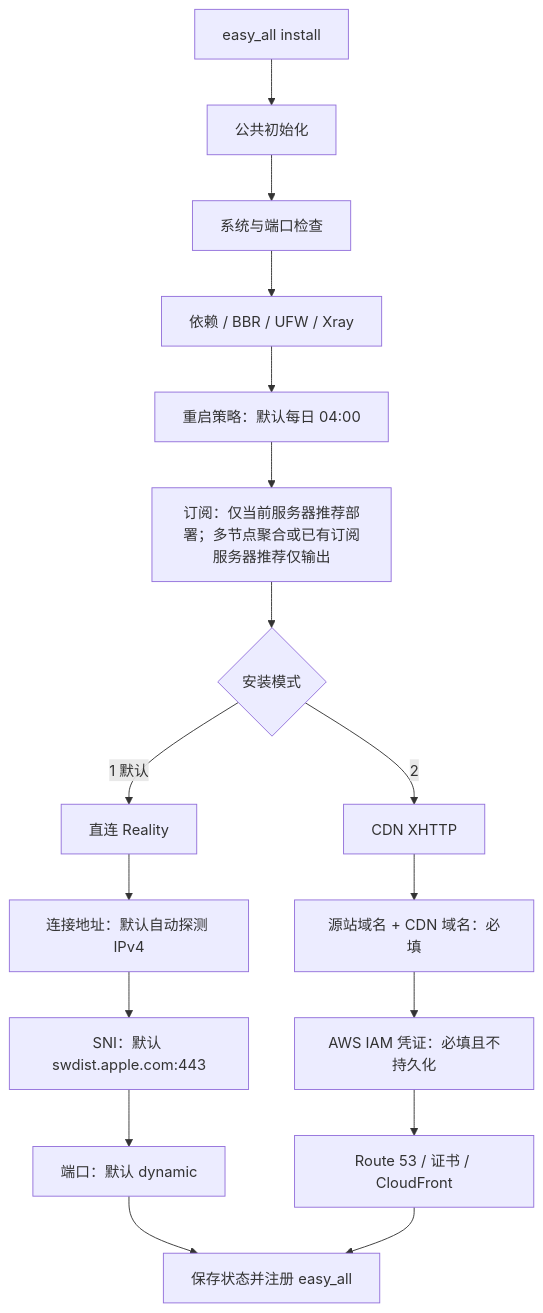
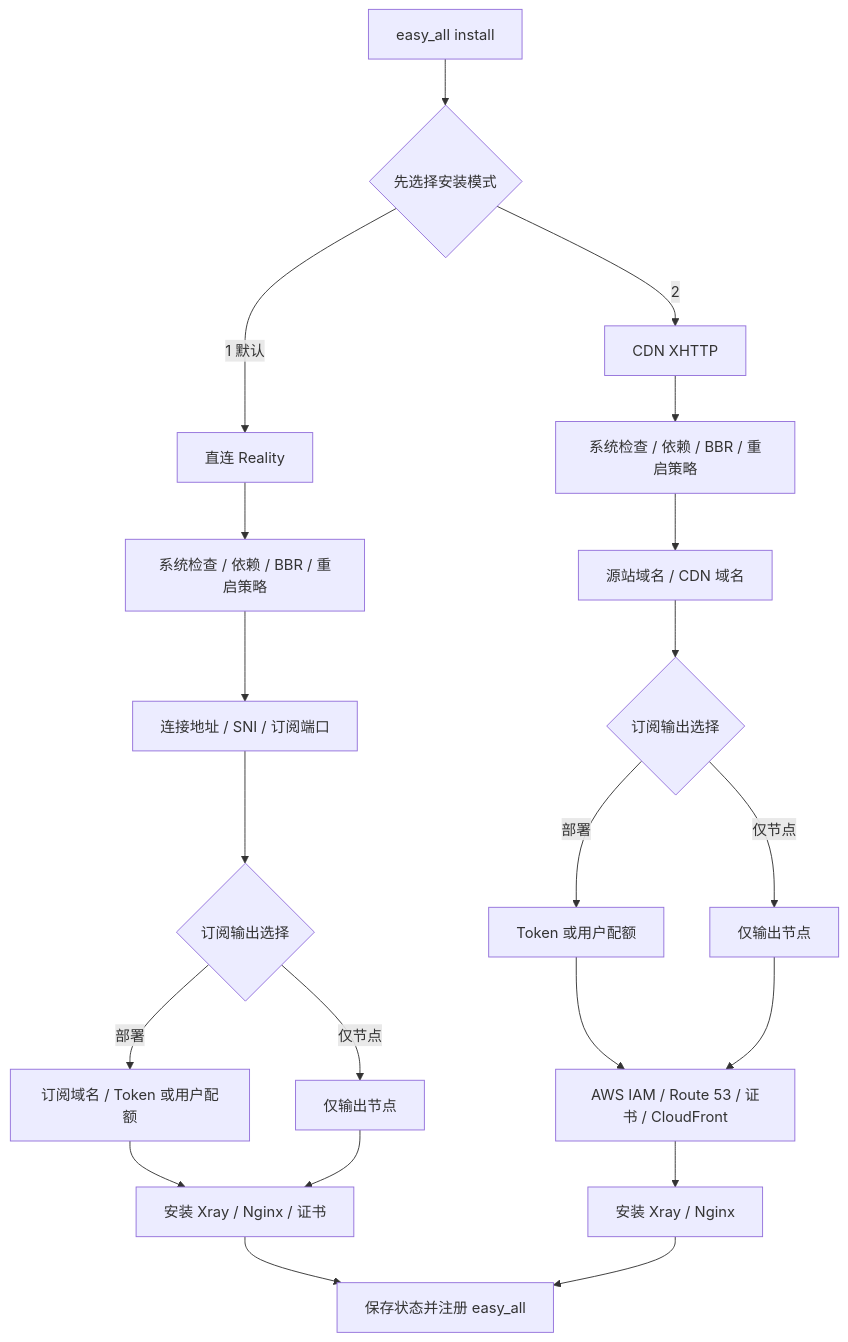
Before and after one commit to v2yiz/easy_all: the diagram in README.md, drawn with Mermaid. The commit also changed 5 other files, not shown here.

````diff
--- a/README.md
+++ b/README.md
@@ -61,21 +61,25 @@
 ```mermaid
 flowchart TD
-    A[easy_all install] --> B[公共初始化]
-    B --> B1[系统与端口检查]
-    B1 --> B2[依赖 / BBR / UFW / Xray]
-    B2 --> B3[重启策略：默认每日 04:00]
-    B3 --> S[订阅：仅当前服务器推荐部署；多节点聚合或已有订阅服务器推荐仅输出]
-    S --> C{安装模式}
+    A[easy_all install] --> B{先选择安装模式}
 
-    C -->|1 默认| R[直连 Reality]
-    R --> R1[连接地址：默认自动探测 IPv4]
-    R1 --> R2[SNI：默认 swdist.apple.com:443]
-    R2 --> R3[端口：默认 dynamic]
-    R3 --> Z[保存状态并注册 easy_all]
+    B -->|1 默认| R0[直连 Reality]
+    R0 --> R1[系统检查 / 依赖 / BBR / 重启策略]
+    R1 --> R2[连接地址 / SNI / 订阅端口]
+    R2 --> R3{订阅输出选择}
+    R3 -->|部署| R4[订阅域名 / Token 或用户配额]
+    R3 -->|仅节点| R5[仅输出节点]
+    R4 --> R6[安装 Xray / Nginx / 证书]
+    R5 --> R6
+    R6 --> Z[保存状态并注册 easy_all]
 
-    C -->|2| X[CDN XHTTP]
-    X --> X1[源站域名 + CDN 域名：必填]
-    X1 --> X2[AWS IAM 凭证：必填且不持久化]
-    X2 --> X3[Route 53 / 证书 / CloudFront]
-    X3 --> Z
+    B -->|2| X0[CDN XHTTP]
+    X0 --> X1[系统检查 / 依赖 / BBR / 重启策略]
+    X1 --> X2[源站域名 / CDN 域名]
+    X2 --> X3{订阅输出选择}
+    X3 -->|部署| X4[Token 或用户配额]
+    X3 -->|仅节点| X5[仅输出节点]
+    X4 --> X6[AWS IAM / Route 53 / 证书 / CloudFront]
+    X5 --> X6
+    X6 --> X7[安装 Xray / Nginx]
+    X7 --> Z
 ```
````
